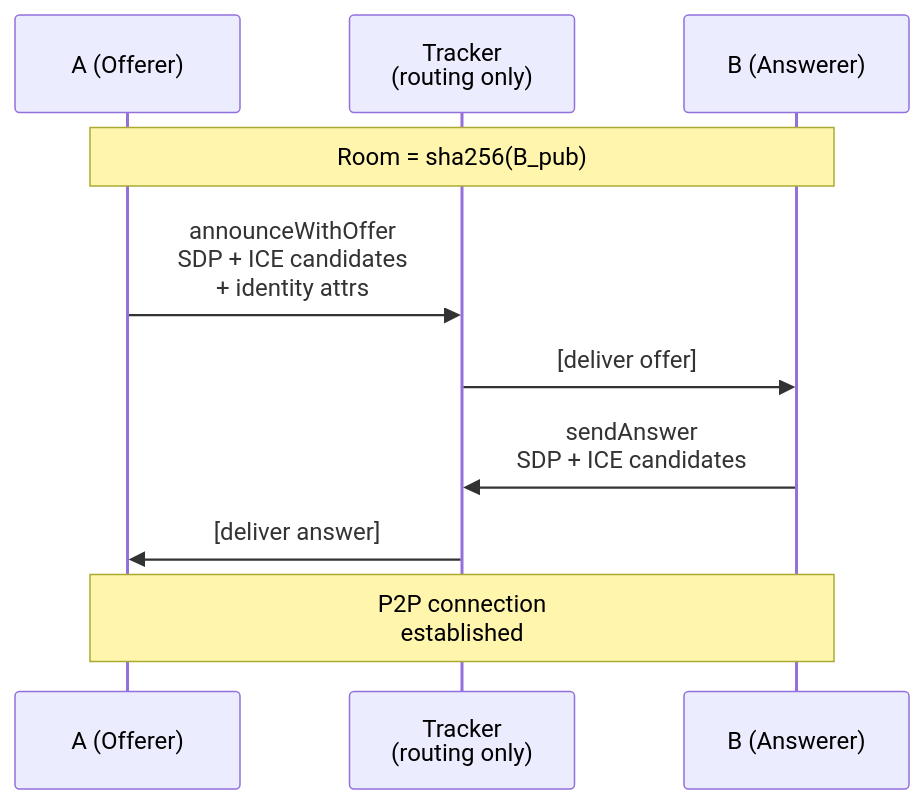
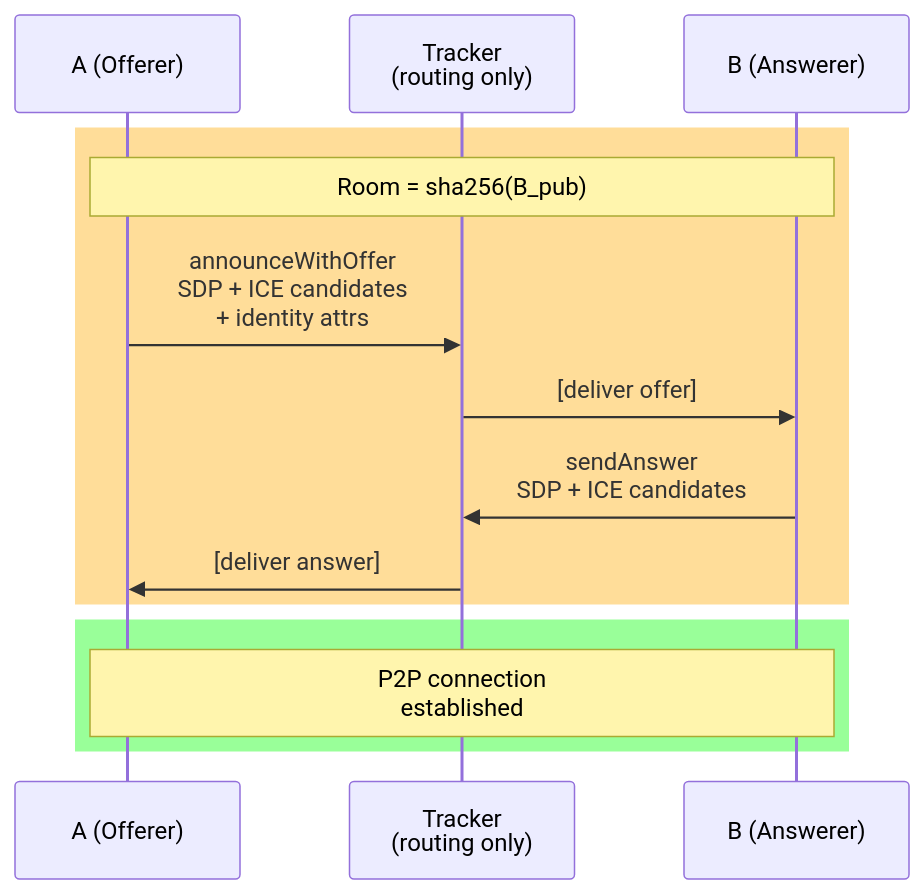
The fifth of 8 diagrams in README.md (davidevecchi/TruSTI), drawn with Mermaid before and after one commit. The commit also changed other lines of this file, not shown here.

````diff
--- a/README.md
+++ b/README.md
@@ -223,16 +231,20 @@
 ```mermaid
 sequenceDiagram
     participant A as A (Offerer)
     participant T as Tracker<br/>(routing only)
     participant B as B (Answerer)
 
+    rect rgba(255, 170, 0, 0.4)
     Note over A,B: Room = sha256(B_pub)
 
     A->>T: announceWithOffer<br/>SDP + ICE candidates<br/>+ identity attrs
     T->>B: [deliver offer]
 
     B->>T: sendAnswer<br/>SDP + ICE candidates
     T->>A: [deliver answer]
+    end
 
+    rect rgba(0, 255, 0, 0.4)
     Note over A,B: P2P connection<br/>established
+    end
 ```
````
